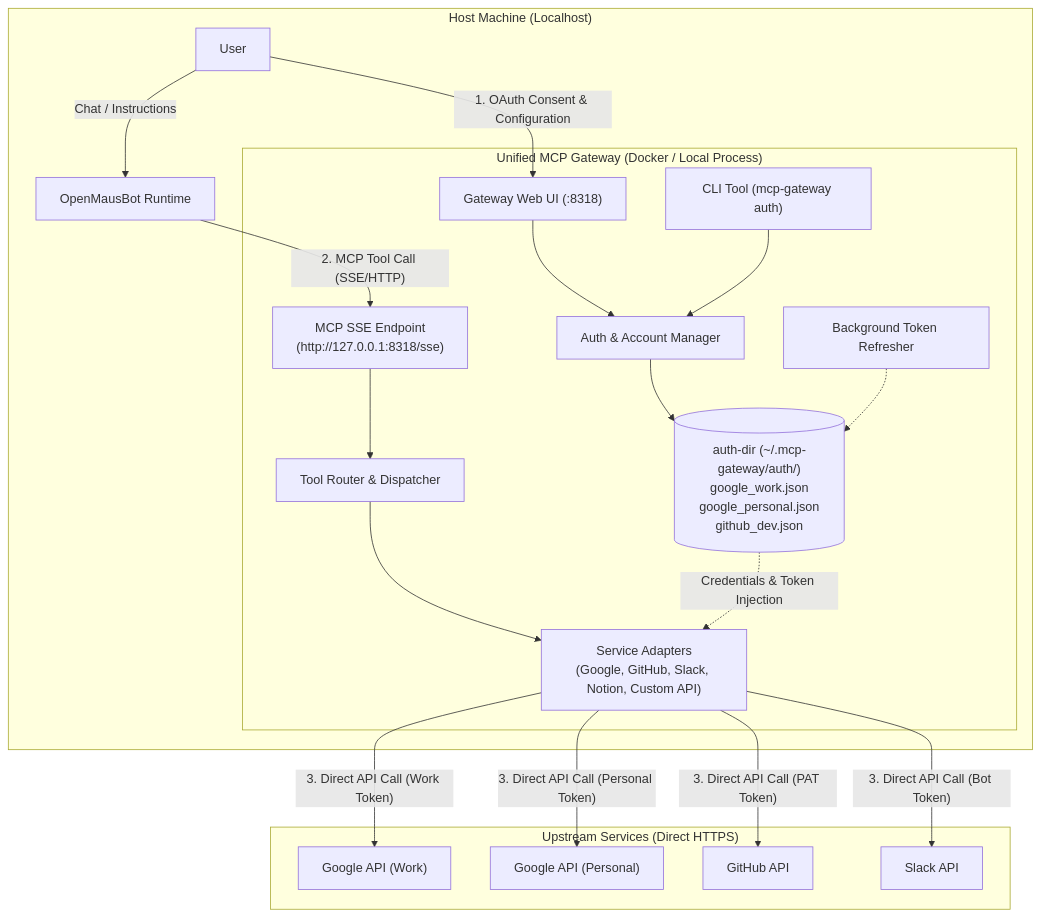
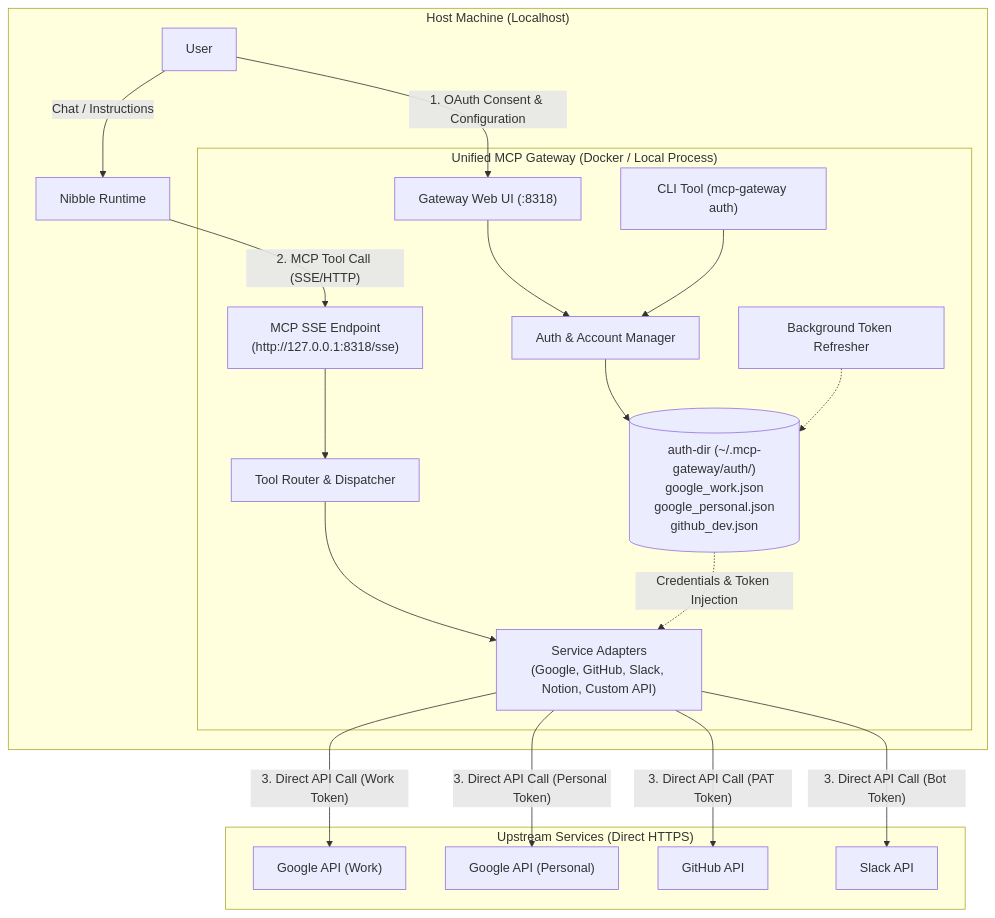
The diagram in docs/superpowers/specs/2026-11-15-unified-mcp-gateway-design.md (musicsms/OpenMausBot), drawn with Mermaid before and after one commit. The commit also changed other lines of this file and 1868 other files, not shown here.

````diff
--- a/docs/superpowers/specs/2026-11-15-unified-mcp-gateway-design.md
+++ b/docs/superpowers/specs/2026-11-15-unified-mcp-gateway-design.md
@@ -24,32 +24,32 @@
 ```mermaid
 flowchart TD
     subgraph Host["Host Machine (Localhost)"]
-        User["User"] -->|"Chat / Instructions"| OMB["OpenMausBot Runtime"]
+        User["User"] -->|"Chat / Instructions"| OMB["Nibble Runtime"]
         User -->|"1. OAuth Consent & Configuration"| WebUI["Gateway Web UI (:8318)"]
 
         subgraph Gateway["Unified MCP Gateway (Docker / Local Process)"]
             WebUI --> AuthMgr["Auth & Account Manager"]
             CLI["CLI Tool (mcp-gateway auth)"] --> AuthMgr
             AuthMgr --> AuthDir[("auth-dir (~/.mcp-gateway/auth/)<br/>google_work.json<br/>google_personal.json<br/>github_dev.json")]
             
             TokenRefresher["Background Token Refresher"] -.-> AuthDir
 
             McpEndpoint["MCP SSE Endpoint<br/>(http://127.0.0.1:8318/sse)"]
             ToolRouter["Tool Router & Dispatcher"]
             Adapters["Service Adapters<br/>(Google, GitHub, Slack, Notion, Custom API)"]
 
             McpEndpoint --> ToolRouter
             ToolRouter --> Adapters
             AuthDir -.->|"Credentials & Token Injection"| Adapters
         end
 
         OMB -->|"2. MCP Tool Call (SSE/HTTP)"| McpEndpoint
     end
 
     subgraph ThirdParties["Upstream Services (Direct HTTPS)"]
         Adapters -->|"3. Direct API Call (Work Token)"| GoogleWork["Google API (Work)"]
         Adapters -->|"3. Direct API Call (Personal Token)"| GooglePersonal["Google API (Personal)"]
         Adapters -->|"3. Direct API Call (PAT Token)"| GitHub["GitHub API"]
         Adapters -->|"3. Direct API Call (Bot Token)"| Slack["Slack API"]
     end
 ```
````
